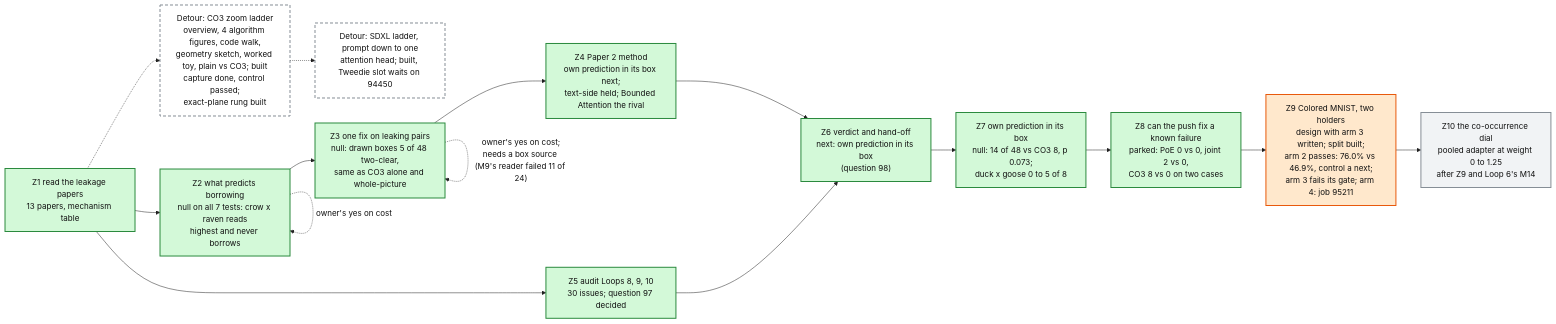
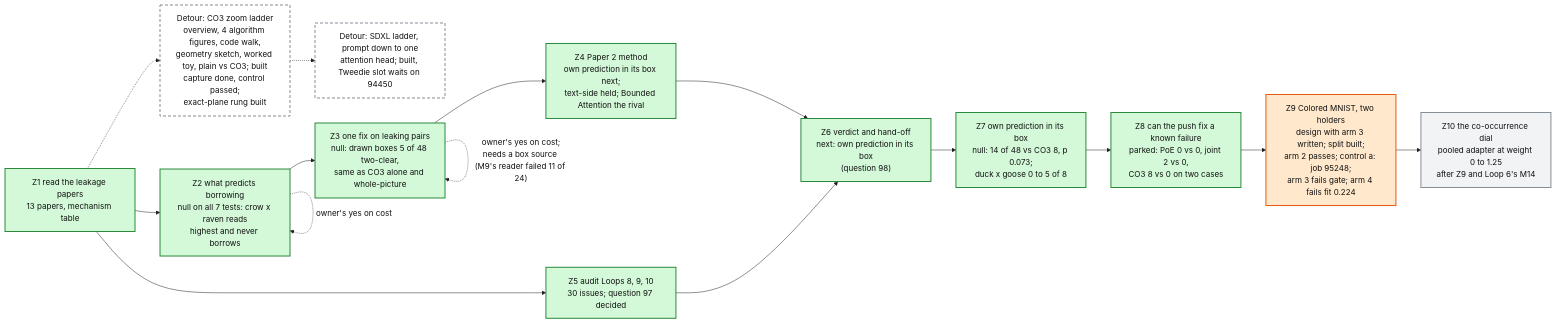
The diagram in artifacts/notes/progress/leakage/loop-12-progress.mmd (mo-rsa24/concept-composition), drawn with Mermaid before and after one commit. The commit also changed 1 other file, not shown here.

Commit message:
Loop 12 map: Z9 arm 4 gate, control a running

```diff
--- a/artifacts/notes/progress/leakage/loop-12-progress.mmd
+++ b/artifacts/notes/progress/leakage/loop-12-progress.mmd
@@ -1,28 +1,28 @@
 %%{init: {'theme': 'base', 'themeVariables': {'fontFamily': 'monospace', 'primaryColor': '#ffffff', 'primaryBorderColor': '#222222', 'primaryTextColor': '#111111', 'lineColor': '#222222'}}}%%
 flowchart LR
   Z1["Z1 read the leakage papers<br/>13 papers, mechanism table"]:::done
   Z2["Z2 what predicts borrowing<br/>null on all 7 tests: crow x raven reads<br/>highest and never borrows"]:::done
   Z3["Z3 one fix on leaking pairs<br/>null: drawn boxes 5 of 48 two-clear,<br/>same as CO3 alone and whole-picture"]:::done
   Z4["Z4 Paper 2 method<br/>own prediction in its box next;<br/>text-side held; Bounded Attention the rival"]:::done
   Z5["Z5 audit Loops 8, 9, 10<br/>30 issues; question 97 decided"]:::done
   Z6["Z6 verdict and hand-off<br/>next: own prediction in its box<br/>(question 98)"]:::done
   LAD["Detour: CO3 zoom ladder<br/>overview, 4 algorithm figures, code walk,<br/>geometry sketch, worked toy, plain vs CO3; built<br/>capture done, control passed;<br/>exact-plane rung built"]:::detour
   Z1 -.-> LAD
   SDX["Detour: SDXL ladder, prompt down to one<br/>attention head; built, Tweedie slot waits on 94450"]:::detour
   LAD -.-> SDX
   Z1 --> Z2 --> Z3 --> Z4 --> Z6
   Z1 --> Z5 --> Z6
   Z2 -. "owner's yes on cost" .-> Z2
   Z3 -. "owner's yes on cost;<br/>needs a box source (M9's reader failed 11 of 24)" .-> Z3
   Z7["Z7 own prediction in its box<br/>null: 14 of 48 vs CO3 8, p 0.073;<br/>duck x goose 0 to 5 of 8"]:::done
   Z6 --> Z7
   Z8["Z8 can the push fix a known failure<br/>parked: PoE 0 vs 0, joint 2 vs 0,<br/>CO3 8 vs 0 on two cases"]:::done
   Z7 --> Z8
-  Z9["Z9 Colored MNIST, two holders<br/>design with arm 3 written; split built;<br/>arm 2 passes: 76.0% vs 46.9%, control a next;<br/>arm 3 fails its gate; arm 4: job 95211"]:::doing
+  Z9["Z9 Colored MNIST, two holders<br/>design with arm 3 written; split built;<br/>arm 2 passes; control a: job 95248;<br/>arm 3 fails gate; arm 4 fails fit 0.224"]:::doing
   Z8 --> Z9
   Z10["Z10 the co-occurrence dial<br/>pooled adapter at weight 0 to 1.25<br/>after Z9 and Loop 6's M14"]:::todo
   Z9 --> Z10
   classDef done fill:#d3f9d8,stroke:#2b8a3e,stroke-width:2px
   classDef doing fill:#ffe8cc,stroke:#e8590c,stroke-width:2px
   classDef detour fill:#ffffff,stroke:#868e96,stroke-width:2px,stroke-dasharray: 6 4
   classDef todo fill:#f1f3f5,stroke:#868e96,stroke-width:2px
```
